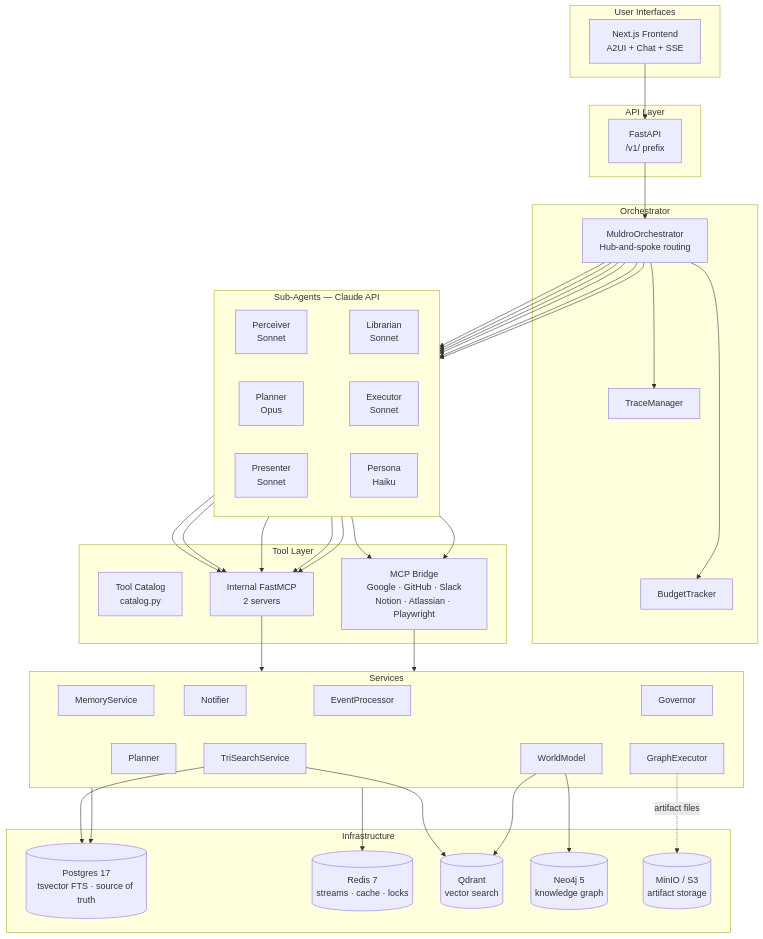
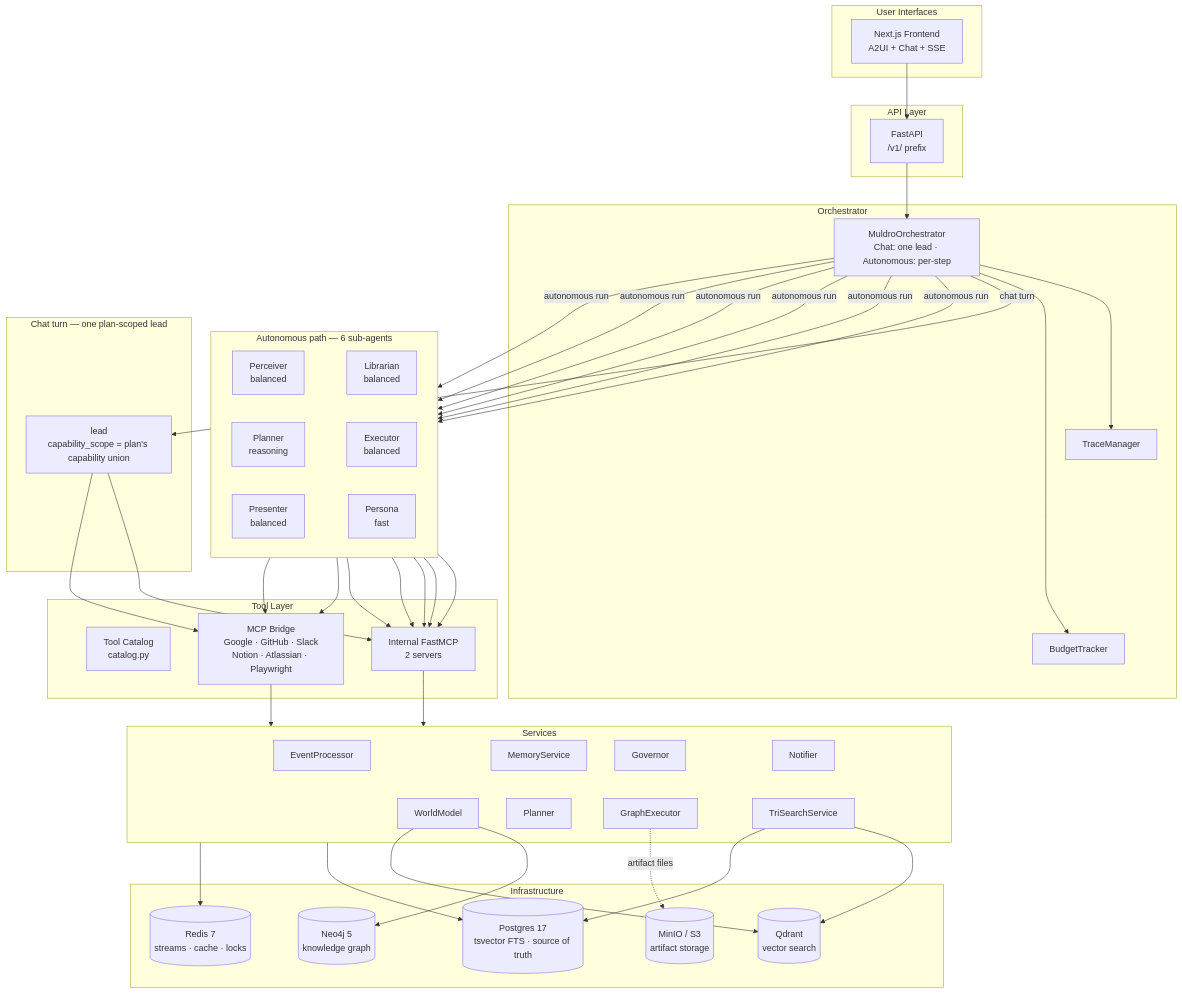
Before and after one commit to shivadharmi/muldro: the diagram in README.md, drawn with Mermaid. The commit also changed other lines of this file and 11 other files, not shown here.

First line of the commit message:
docs: the DAG path installs no permission_gate, and the model layer is not Claude-only

````diff
--- a/README.md
+++ b/README.md
@@ -13,56 +13,62 @@
 ```mermaid
 graph TB
     subgraph UI["User Interfaces"]
         WEB[Next.js Frontend<br/>A2UI + Chat + SSE]
     end
 
     subgraph API["API Layer"]
         FA[FastAPI<br/>/v1/ prefix]
     end
 
     subgraph ORCH["Orchestrator"]
-        JO[MuldroOrchestrator<br/>Hub-and-spoke routing]
+        JO[MuldroOrchestrator<br/>Chat: one lead · Autonomous: per-step]
         TR[TraceManager] ~~~ BU[BudgetTracker]
     end
 
-    subgraph AGENTS["Sub-Agents — Claude API"]
+    subgraph LEAD["Chat turn — one plan-scoped lead"]
+        LD["lead<br/>capability_scope = plan's capability union"]
+    end
+
+    subgraph AGENTS["Autonomous path — 6 sub-agents"]
         direction LR
-        PCV[Perceiver<br/>Sonnet] ~~~ LIB[Librarian<br/>Sonnet]
-        PLN[Planner<br/>Opus] ~~~ EXE[Executor<br/>Sonnet]
-        PRS[Presenter<br/>Sonnet] ~~~ PER[Persona<br/>Haiku]
+        PCV[Perceiver<br/>balanced] ~~~ LIB[Librarian<br/>balanced]
+        PLN[Planner<br/>reasoning] ~~~ EXE[Executor<br/>balanced]
+        PRS[Presenter<br/>balanced] ~~~ PER[Persona<br/>fast]
     end
 
     subgraph TOOLS["Tool Layer"]
         CAT[Tool Catalog<br/>catalog.py]
         INT[Internal FastMCP<br/>2 servers]
         MCP[MCP Bridge<br/>Google · GitHub · Slack<br/>Notion · Atlassian · Playwright]
     end
 
     subgraph SVC["Services"]
         EP[EventProcessor] ~~~ WM[WorldModel]
         MS[MemoryService] ~~~ PL[Planner]
         GV[Governor] ~~~ GE[GraphExecutor]
         NT[Notifier] ~~~ TS[TriSearchService]
     end
 
     subgraph INFRA["Infrastructure"]
         PG[(Postgres 17<br/>tsvector FTS · source of truth)]
         RD[(Redis 7<br/>streams · cache · locks)]
         QD[(Qdrant<br/>vector search)]
         N4J[(Neo4j 5<br/>knowledge graph)]
         S3[(MinIO / S3<br/>artifact storage)]
     end
 
     WEB --> FA
     FA --> JO
     JO --> TR & BU
-    JO --> PCV & LIB & PLN & EXE & PRS & PER
+    JO -->|chat turn| LD
+    JO -->|autonomous run| PCV & LIB & PLN & EXE & PRS & PER
+    LD --> INT & MCP
     PCV & LIB & PLN & EXE & PRS --> INT
     EXE & PCV --> MCP
     INT --> SVC
     MCP --> SVC
     SVC --> PG & RD
     TS --> QD & PG
     WM --> N4J & QD
     GE -.->|artifact files| S3
 ```
````
